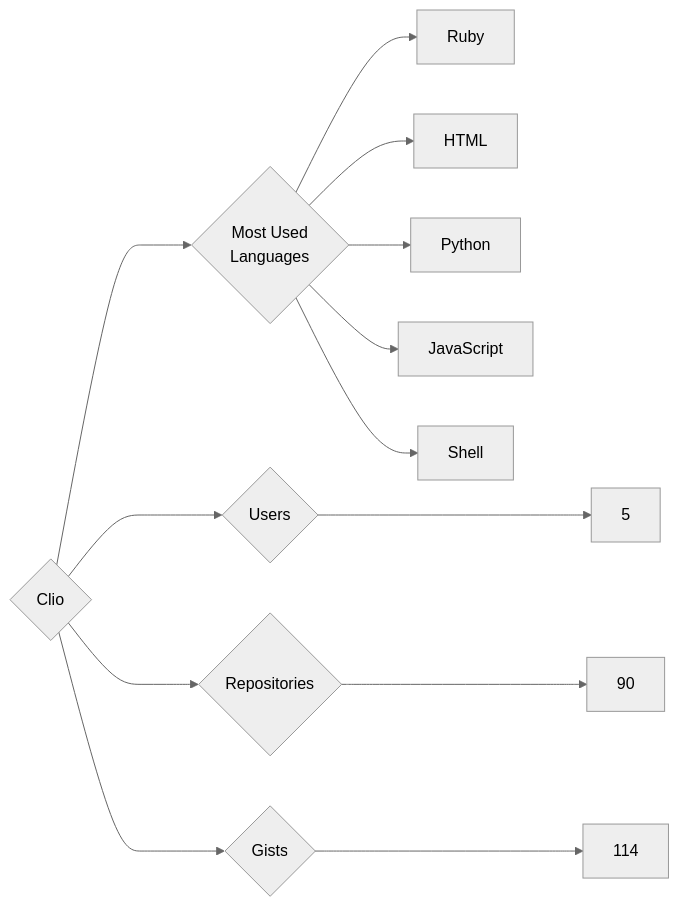
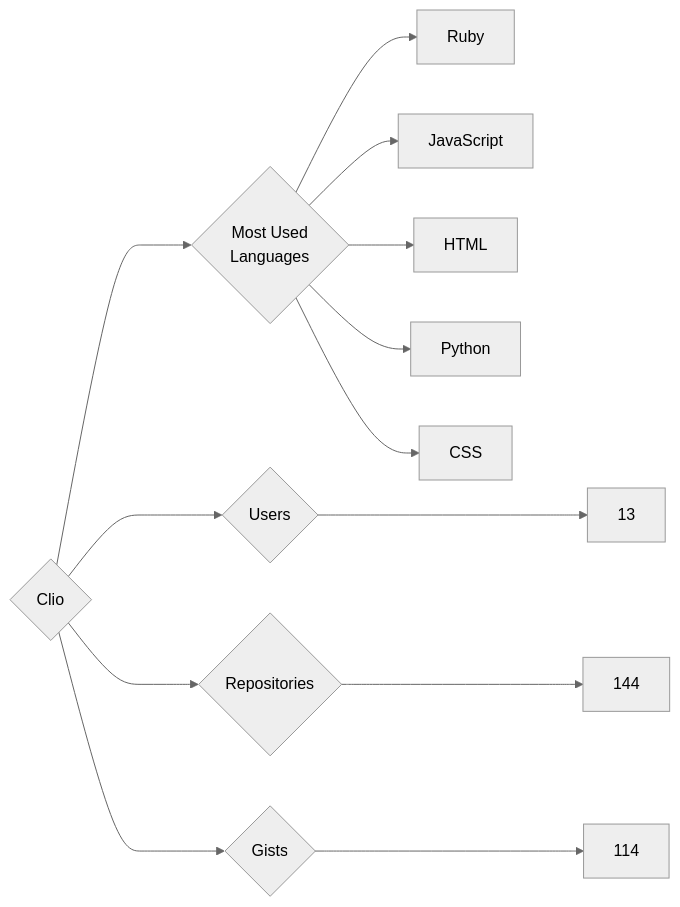
The diagram in targets/Clio/README.md (trickest/insiders), drawn with Mermaid (neutral theme) before and after one commit. The commit also changed 688 other files, not shown here.

````diff
--- a/targets/Clio/README.md
+++ b/targets/Clio/README.md
@@ -3,13 +3,13 @@
 ```mermaid
 graph LR
 COMPANY_NAME{Clio}
-COMPANY_NAME ---> U{Users} ---> UN[5]
-COMPANY_NAME ---> R{Repositories} ---> RN[90]
+COMPANY_NAME ---> U{Users} ---> UN[13]
+COMPANY_NAME ---> R{Repositories} ---> RN[144]
 COMPANY_NAME ---> G{Gists} ---> GN[114]
 COMPANY_NAME ---> ML{Most Used<br>Languages}
 ML --> Ruby[Ruby]
+ML --> JavaScript[JavaScript]
 ML --> HTML[HTML]
 ML --> Python[Python]
-ML --> JavaScript[JavaScript]
-ML --> Shell[Shell]
+ML --> CSS[CSS]
 ```
````
